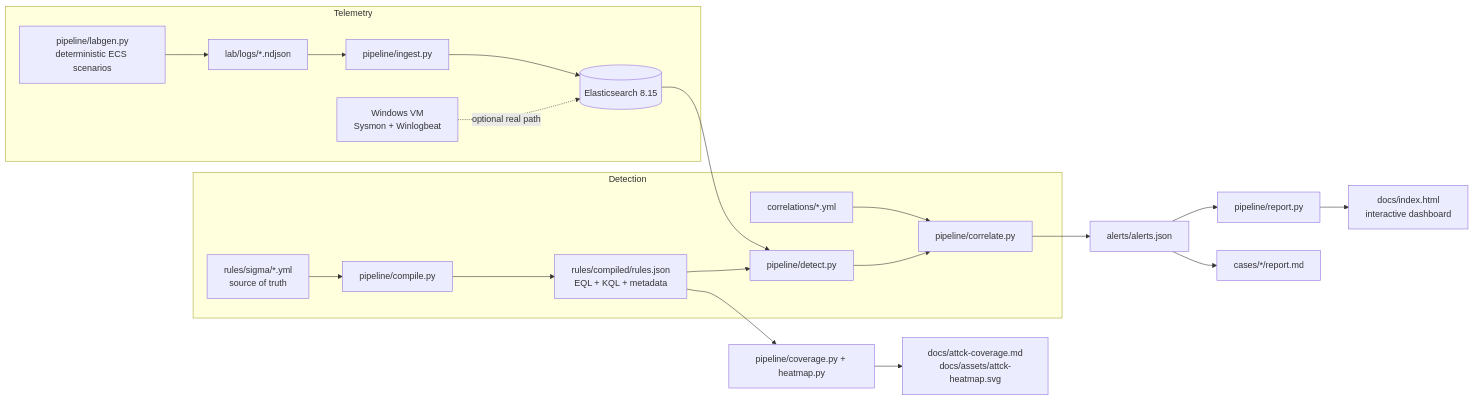
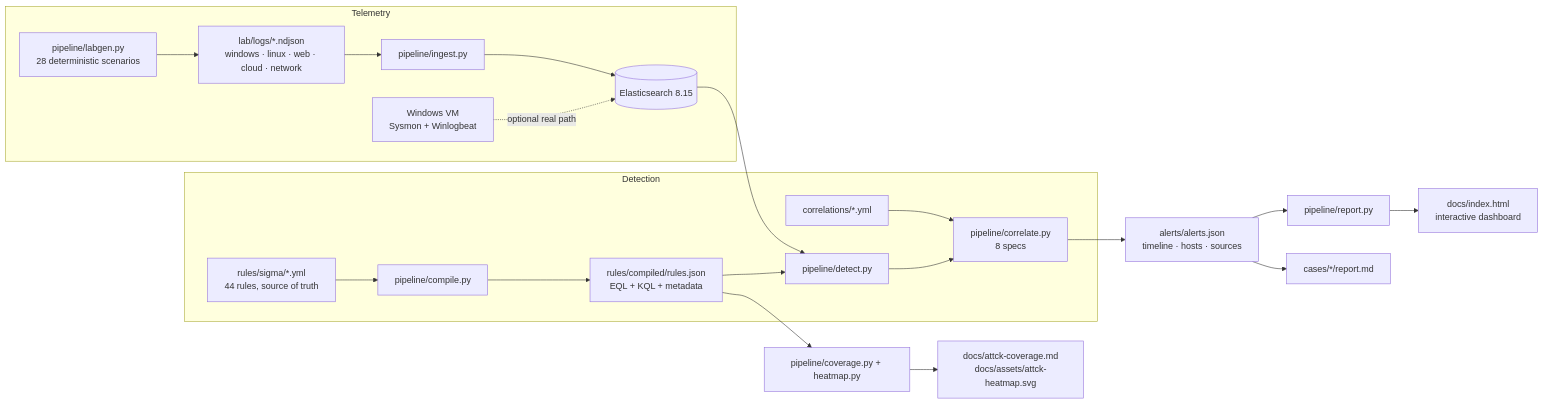
The diagram in README.md (Meruyert5/penumbra), drawn with Mermaid before and after one commit. The commit also changed other lines of this file and 82 other files, not shown here.

````diff
--- a/README.md
+++ b/README.md
@@ -61,25 +63,25 @@
 ```mermaid
 flowchart LR
   subgraph Telemetry
-    A["pipeline/labgen.py<br/>deterministic ECS scenarios"] --> B["lab/logs/*.ndjson"]
+    A["pipeline/labgen.py<br/>28 deterministic scenarios"] --> B["lab/logs/*.ndjson<br/>windows · linux · web · cloud · network"]
     W["Windows VM<br/>Sysmon + Winlogbeat"] -. optional real path .-> ES
     B --> I["pipeline/ingest.py"]
   end
 
   subgraph Detection
-    S["rules/sigma/*.yml<br/>source of truth"] --> C["pipeline/compile.py"]
+    S["rules/sigma/*.yml<br/>44 rules, source of truth"] --> C["pipeline/compile.py"]
     C --> E["rules/compiled/rules.json<br/>EQL + KQL + metadata"]
     E --> D["pipeline/detect.py"]
     I --> ES[("Elasticsearch 8.15")]
     ES --> D
-    D --> K["pipeline/correlate.py"]
+    D --> K["pipeline/correlate.py<br/>8 specs"]
     R["correlations/*.yml"] --> K
   end
 
-  K --> AL["alerts/alerts.json"]
+  K --> AL["alerts/alerts.json<br/>timeline · hosts · sources"]
   AL --> REP["pipeline/report.py"]
   REP --> HTML["docs/index.html<br/>interactive dashboard"]
   AL --> CASE["cases/*/report.md"]
   E --> COV["pipeline/coverage.py + heatmap.py"]
   COV --> DOC["docs/attck-coverage.md<br/>docs/assets/attck-heatmap.svg"]
 ```
````
